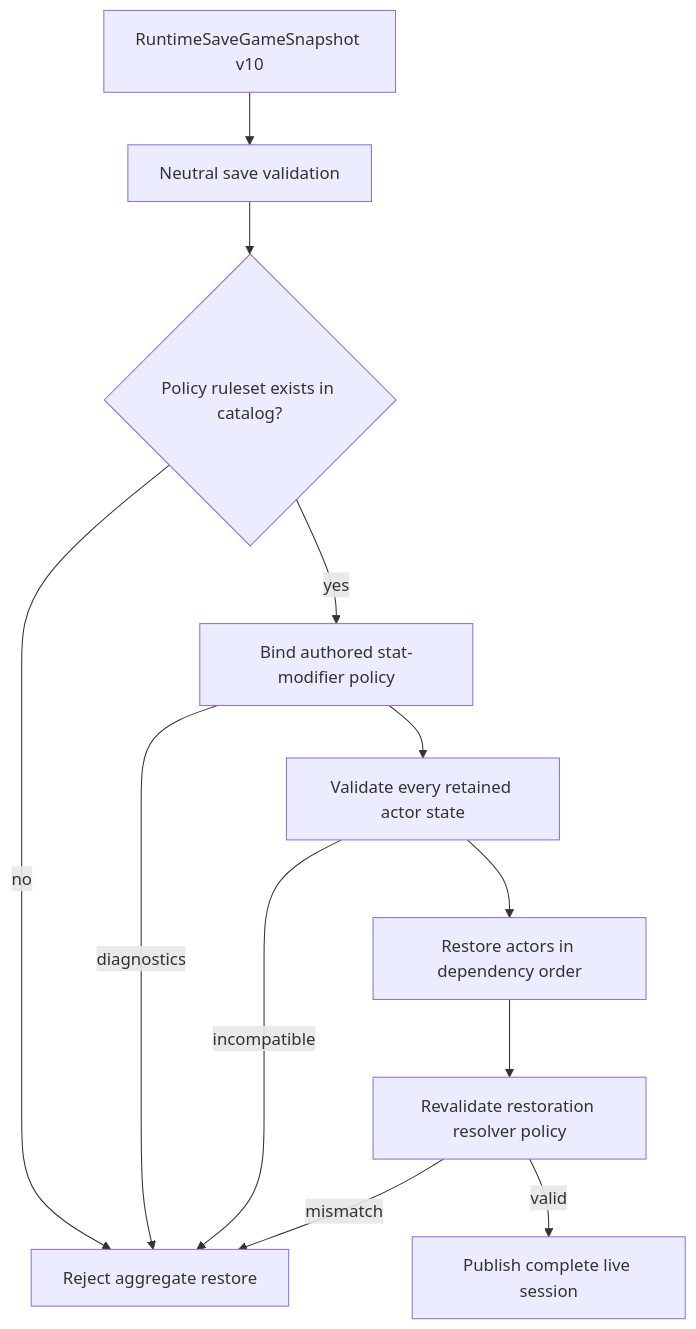
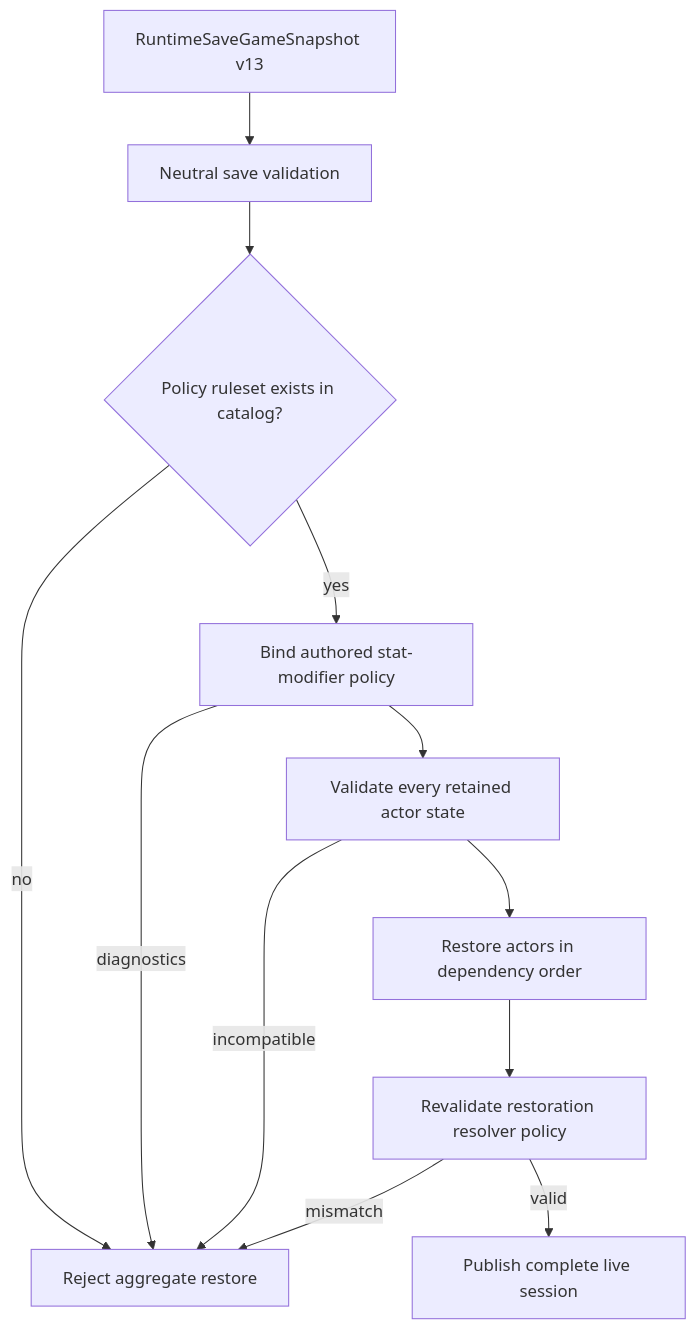
The seventh of 7 diagrams in docs/technical/stat-modifier-policy-runtime.md (KayelC/Convergence), drawn with Mermaid before and after one commit. The commit also changed other lines of this file and 13 other files, not shown here.

````diff
--- a/docs/technical/stat-modifier-policy-runtime.md
+++ b/docs/technical/stat-modifier-policy-runtime.md
@@ -329,14 +329,14 @@
 ```mermaid
 flowchart TD
-    S["RuntimeSaveGameSnapshot v10"] --> N["Neutral save validation"]
+    S["RuntimeSaveGameSnapshot v13"] --> N["Neutral save validation"]
     N --> C{"Policy ruleset exists in catalog?"}
     C -->|"no"| R["Reject aggregate restore"]
     C -->|"yes"| B["Bind authored stat-modifier policy"]
     B -->|"diagnostics"| R
     B --> V["Validate every retained actor state"]
     V -->|"incompatible"| R
     V --> A["Restore actors in dependency order"]
     A --> Q["Revalidate restoration resolver policy"]
     Q -->|"mismatch"| R
     Q -->|"valid"| L["Publish complete live session"]
 ```
````
